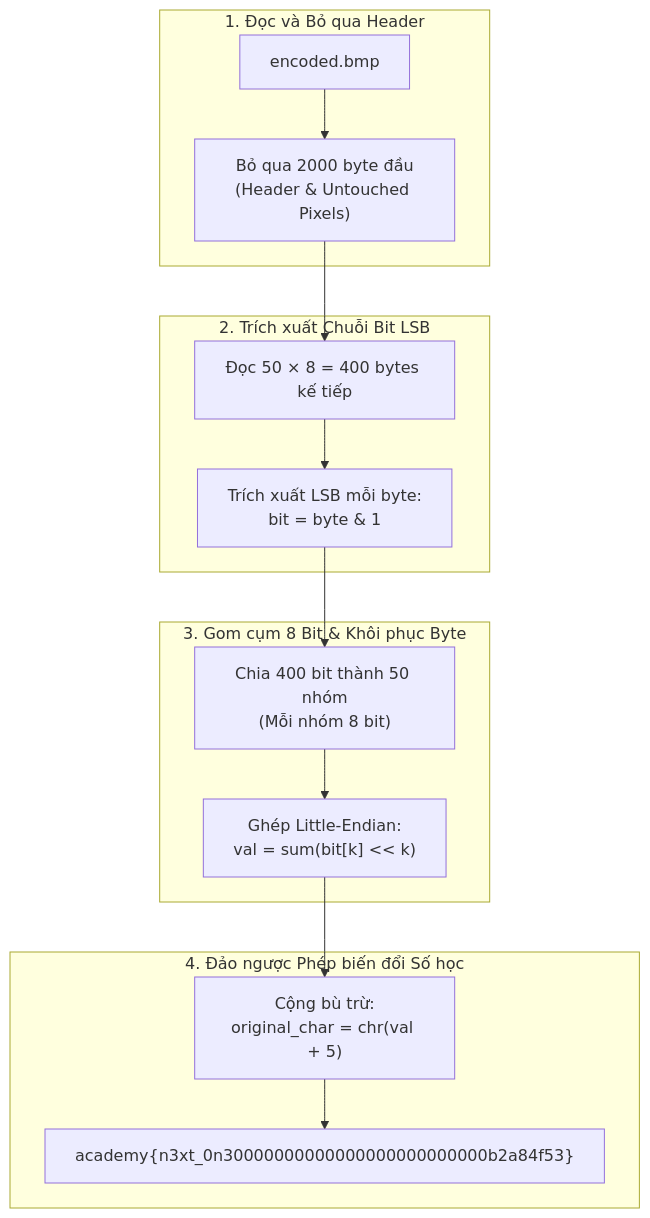
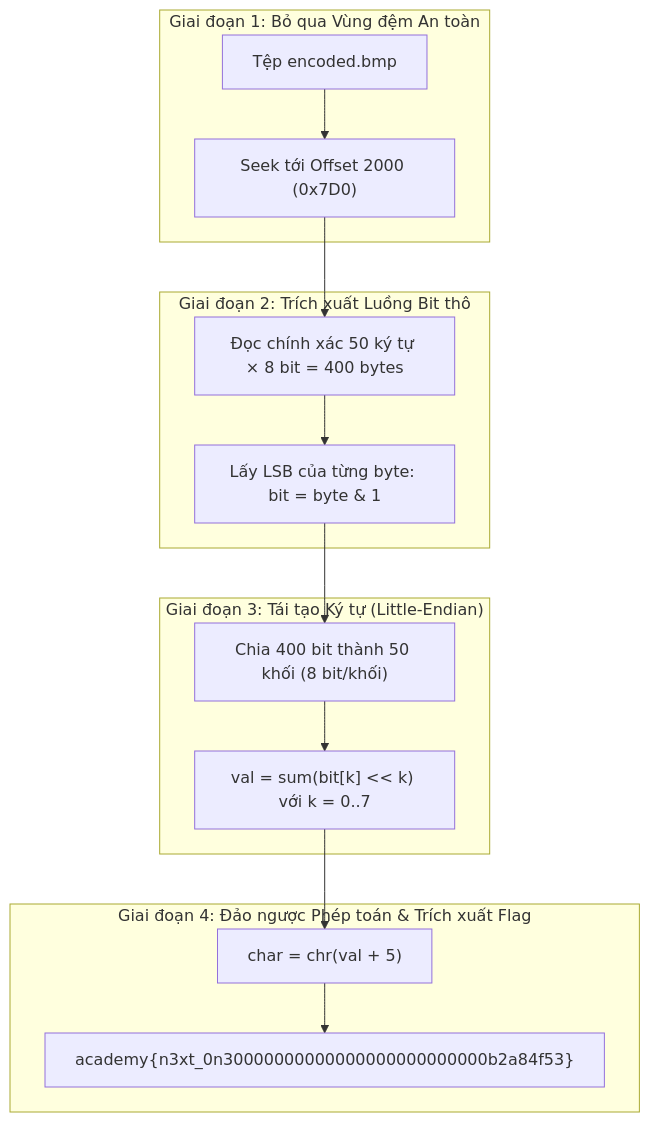
The diagram in content/investigative-reversing-2.md (Lewall-theart/Lewall-theart.github.io), drawn with Mermaid before and after one commit. The commit also changed other lines of this file, not shown here.

````diff
--- a/content/investigative-reversing-2.md
+++ b/content/investigative-reversing-2.md
@@ -183,21 +239,21 @@
 ```mermaid
 flowchart TD
-    subgraph S1 ["1. Đọc và Bỏ qua Header"]
-        F["encoded.bmp"] --> SKIP["Bỏ qua 2000 byte đầu\n(Header & Untouched Pixels)"]
+    subgraph STAGE1 ["Giai đoạn 1: Bỏ qua Vùng đệm An toàn"]
+        IN["Tệp encoded.bmp"] --> SEEK["Seek tới Offset 2000 (0x7D0)"]
     end
 
-    subgraph S2 ["2. Trích xuất Chuỗi Bit LSB"]
-        SKIP --> READ["Đọc 50 × 8 = 400 bytes kế tiếp"]
-        READ --> BIT["Trích xuất LSB mỗi byte:\nbit = byte & 1"]
+    subgraph STAGE2 ["Giai đoạn 2: Trích xuất Luồng Bit thô"]
+        SEEK --> READ["Đọc chính xác 50 ký tự × 8 bit = 400 bytes"]
+        READ --> LSB["Lấy LSB của từng byte: bit = byte & 1"]
     end
 
-    subgraph S3 ["3. Gom cụm 8 Bit & Khôi phục Byte"]
-        BIT --> CHUNK["Chia 400 bit thành 50 nhóm\n(Mỗi nhóm 8 bit)"]
-        CHUNK --> SHIFT["Ghép Little-Endian:\nval = sum(bit[k] << k)"]
+    subgraph STAGE3 ["Giai đoạn 3: Tái tạo Ký tự (Little-Endian)"]
+        LSB --> SLICE["Chia 400 bit thành 50 khối (8 bit/khối)"]
+        SLICE --> REBUILD["val = sum(bit[k] << k) với k = 0..7"]
     end
 
-    subgraph S4 ["4. Đảo ngược Phép biến đổi Số học"]
-        SHIFT --> ADD["Cộng bù trừ:\noriginal_char = chr(val + 5)"]
-        ADD --> FLAG["academy{n3xt_0n30000000000000000000000000b2a84f53}"]
+    subgraph STAGE4 ["Giai đoạn 4: Đảo ngược Phép toán & Trích xuất Flag"]
+        REBUILD --> RESTORE["char = chr(val + 5)"]
+        RESTORE --> OUT["academy{n3xt_0n30000000000000000000000000b2a84f53}"]
     end
 ```
````
